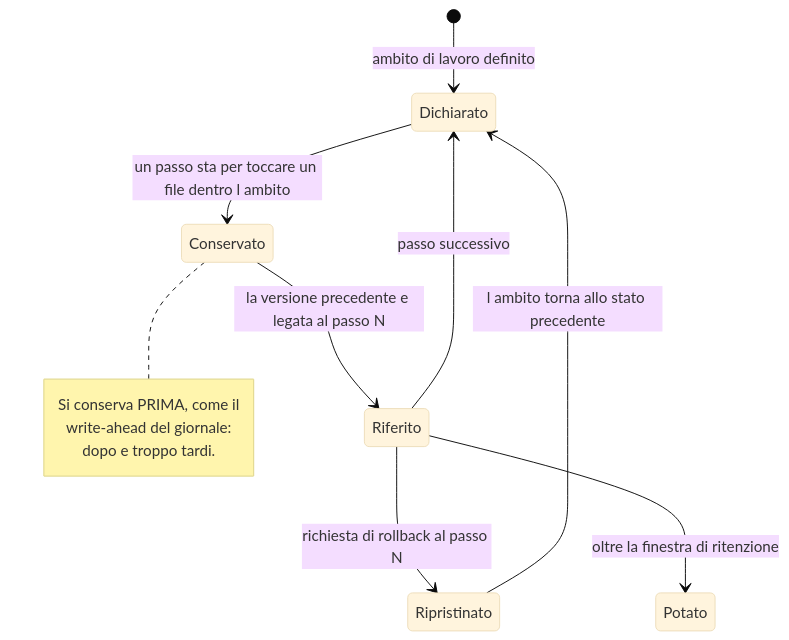
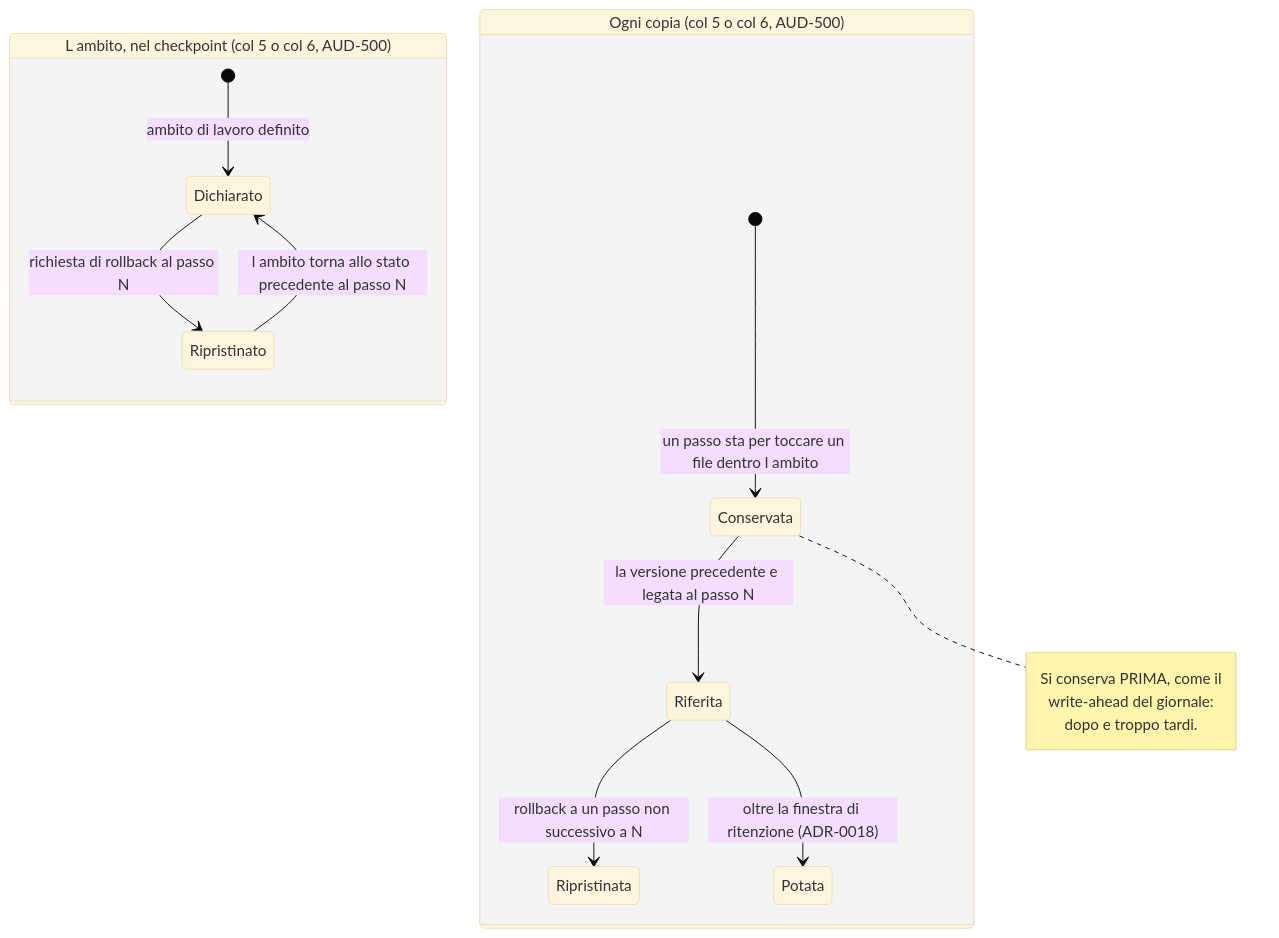
Before and after one commit to devfrx/daemon: the third of 4 diagrams in docs/design/09-l0-fisico.md, drawn with Mermaid (base theme). The commit also changed other lines of this file and 1 other file, not shown here.

First line of the commit message:
audit(2026-09-30): I diagrammi 09-10, col «(col 15)» della cifratura

````diff
--- a/docs/design/09-l0-fisico.md
+++ b/docs/design/09-l0-fisico.md
@@ -105,19 +128,21 @@
 ```mermaid
 stateDiagram-v2
-    [*] --> Dichiarato : ambito di lavoro definito
+    state "L ambito, nel checkpoint (col 5 o col 6, AUD-500)" as Ambito {
+        [*] --> Dichiarato : ambito di lavoro definito
+        Dichiarato --> Ripristinato : richiesta di rollback al passo N
+        Ripristinato --> Dichiarato : l ambito torna allo stato precedente al passo N
+    }
 
-    Dichiarato --> Conservato : un passo sta per toccare un file dentro l ambito
-    Conservato --> Riferito : la versione precedente e legata al passo N
-    Riferito --> Dichiarato : passo successivo
+    state "Ogni copia (col 5 o col 6, AUD-500)" as Copia {
+        [*] --> Conservata : un passo sta per toccare un file dentro l ambito
+        Conservata --> Riferita : la versione precedente e legata al passo N
+        Riferita --> Ripristinata : rollback a un passo non successivo a N
+        Riferita --> Potata : oltre la finestra di ritenzione (ADR-0018)
 
-    Riferito --> Ripristinato : richiesta di rollback al passo N
-    Ripristinato --> Dichiarato : l ambito torna allo stato precedente
-
-    Riferito --> Potato : oltre la finestra di ritenzione
-
-    note right of Conservato
-        Si conserva PRIMA, come il
-        write-ahead del giornale:
-        dopo e troppo tardi.
-    end note
+        note right of Conservata
+            Si conserva PRIMA, come il
+            write-ahead del giornale:
+            dopo e troppo tardi.
+        end note
+    }
 ```
````
